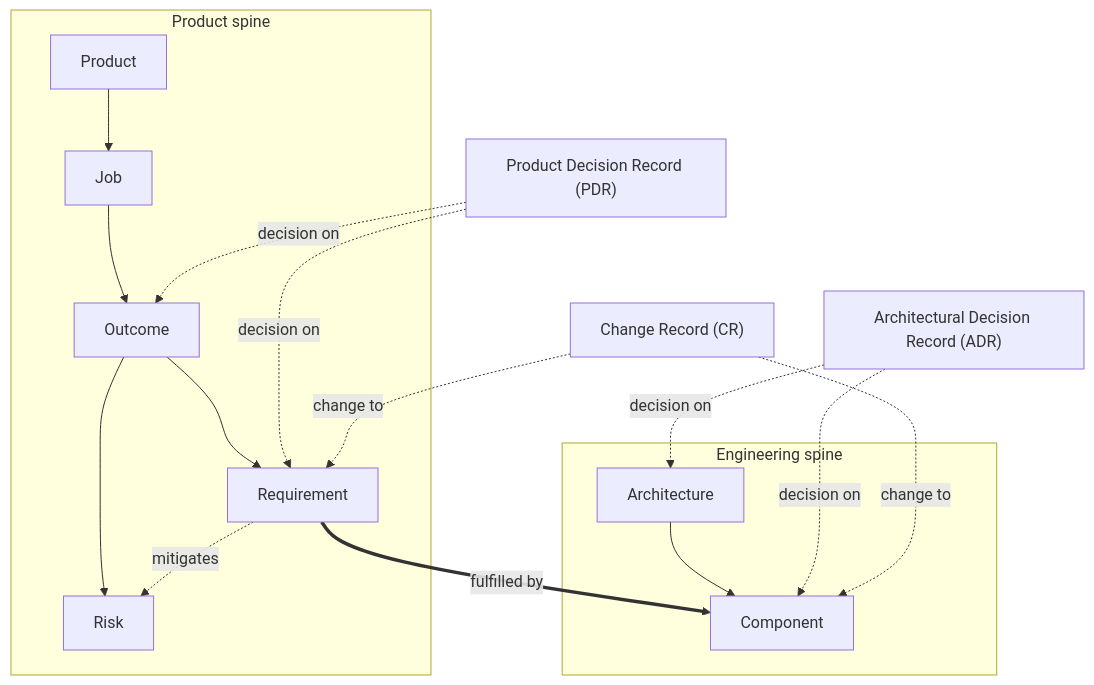
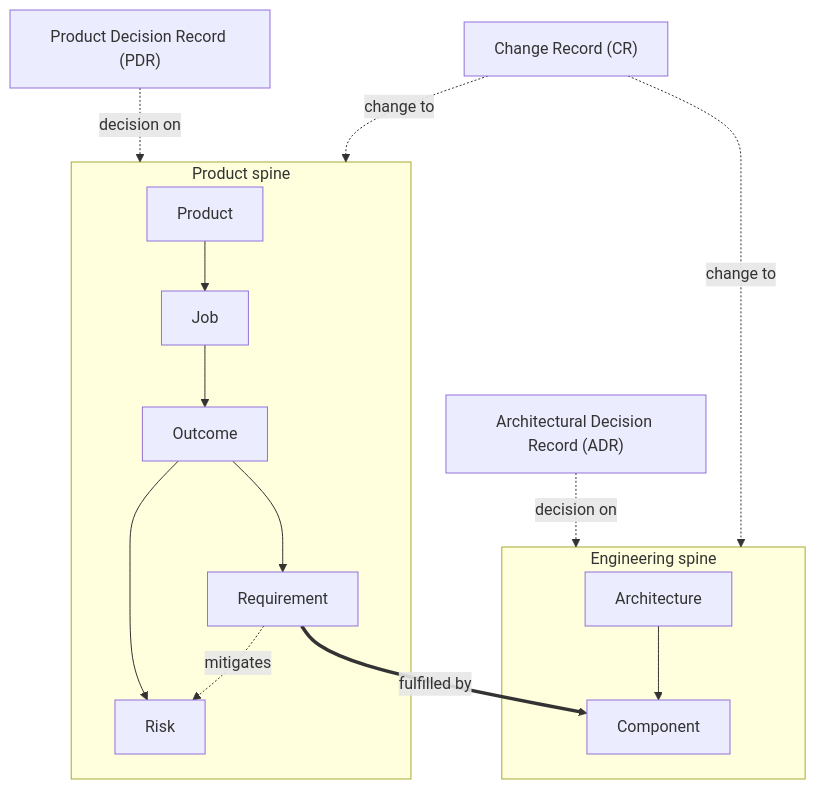
One commit to colchuck-ai/intent changed the diagram in README.md. Above: the diagram before and after it, drawn with Mermaid. The commit also changed other lines of this file, not shown here.

Commit message:
readme mermaid improve

````diff
--- a/README.md
+++ b/README.md
@@ -22,22 +22,20 @@
 ```mermaid
 flowchart TD
     subgraph PRODUCT["Product spine"]
         Product --> Job --> Outcome
         Outcome --> Risk
         Outcome --> Requirement
         Requirement -. mitigates .-> Risk
     end
 
     subgraph ENGINEERING["Engineering spine"]
         Architecture --> Component
     end
 
     Requirement == fulfilled by ==> Component
 
-    PDR["Product Decision Record (PDR)"] -. decision on .-> Outcome
-    PDR -. decision on .-> Requirement
-    ADR["Architectural Decision Record (ADR)"] -. decision on .-> Architecture
-    ADR -. decision on .-> Component
-    CR["Change Record (CR)"] -. change to .-> Requirement
-    CR -. change to .-> Component
+    PDR["Product Decision Record (PDR)"] -. decision on .-> PRODUCT
+    ADR["Architectural Decision Record (ADR)"] -. decision on .-> ENGINEERING
+    CR["Change Record (CR)"] -. change to .-> PRODUCT
+    CR -. change to .-> ENGINEERING
 ```
````
